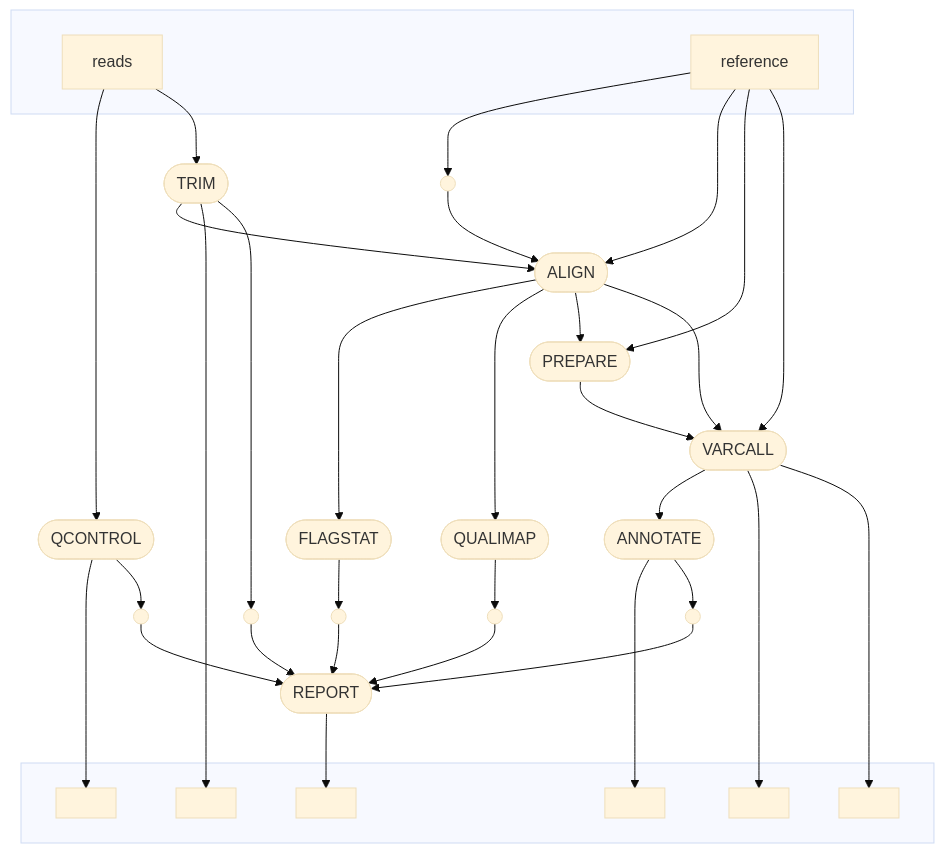
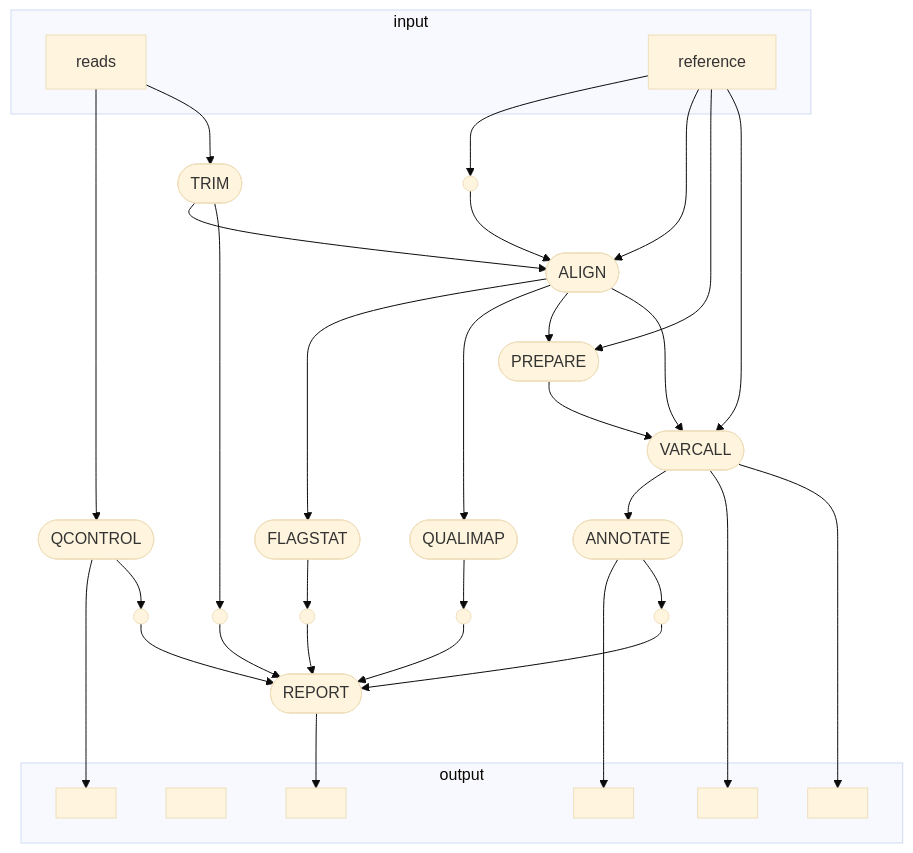
The second of 2 diagrams in README.md (glebus-sasha/deepvariant_nf), drawn with Mermaid before and after one commit.

````diff
--- a/README.md
+++ b/README.md
@@ -36,61 +36,60 @@
 ```mermaid
 %%{init: {'theme':'base'}}%%
 flowchart TB
-    subgraph " "
+    subgraph "input"
     v0["reads"]
     v1["reference"]
     end
     v3([QCONTROL])
-    subgraph " "
+    subgraph "output"
     v4[" "]
     v6[" "]
     v15[" "]
     v16[" "]
     v18[" "]
     v25[" "]
     end
     v5([TRIM])
     v8([ALIGN])
     v9([FLAGSTAT])
     v10([QUALIMAP])
     v12([PREPARE])
     v14([VARCALL])
     v17([ANNOTATE])
     v24([REPORT])
     v2(( ))
     v19(( ))
     v20(( ))
     v21(( ))
     v22(( ))
     v23(( ))
     v0 --> v3
     v0 --> v5
     v1 --> v2
     v3 --> v4
     v3 --> v20
     v5 --> v8
-    v5 --> v6
     v5 --> v19
     v1 --> v8
     v2 --> v8
     v8 --> v9
     v8 --> v10
     v8 --> v12
     v8 --> v14
     v9 --> v21
     v10 --> v22
     v1 --> v12
     v12 --> v14
     v1 --> v14
     v14 --> v17
     v14 --> v16
     v14 --> v15
     v17 --> v18
     v17 --> v23
     v19 --> v24
     v20 --> v24
     v21 --> v24
     v22 --> v24
     v23 --> v24
     v24 --> v25
 ```
````
